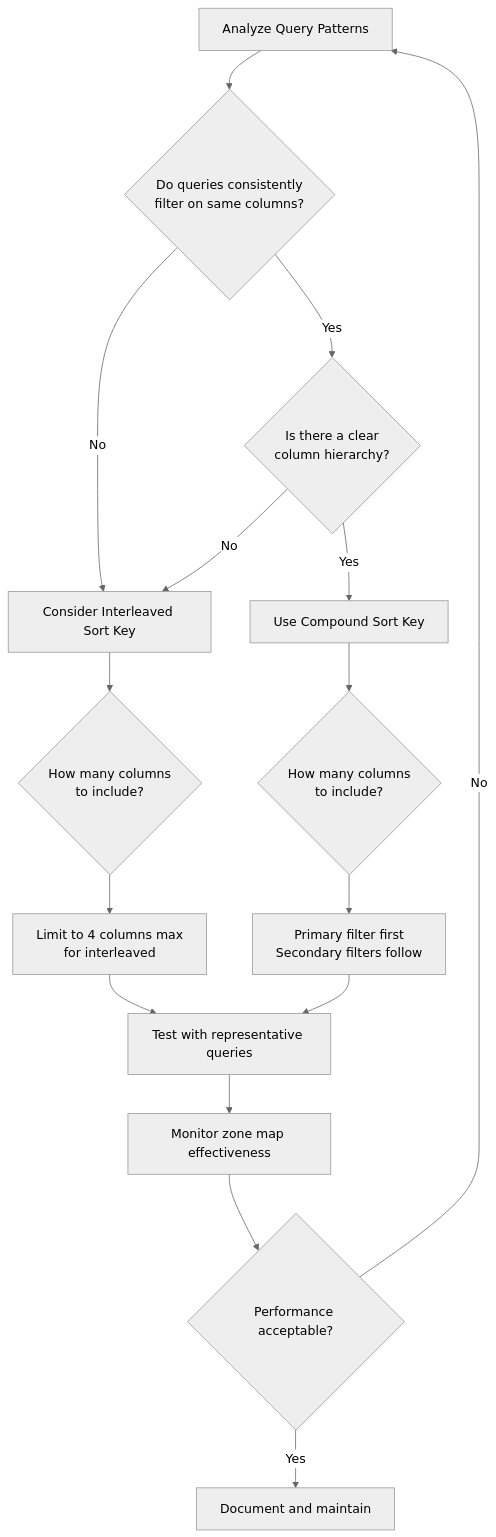
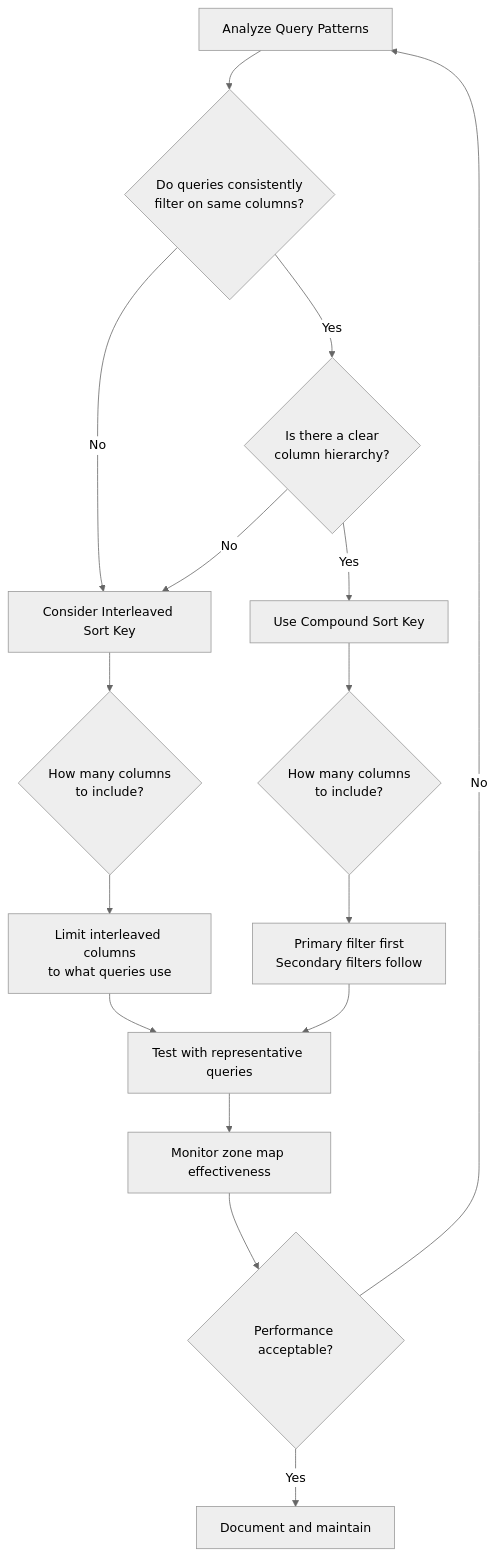
The fourth of 4 diagrams in posts/2026-01-30-data-warehouse-sort-keys/README.md (OneUptime/blog), drawn with Mermaid (neutral theme) before and after one commit. The commit also changed other lines of this file and 876 other files, not shown here.

````diff
--- a/posts/2026-01-30-data-warehouse-sort-keys/README.md
+++ b/posts/2026-01-30-data-warehouse-sort-keys/README.md
@@ -326,18 +331,18 @@
 ```mermaid
 flowchart TD
     A[Analyze Query Patterns] --> B{Do queries consistently<br/>filter on same columns?}
     B -->|Yes| C{Is there a clear<br/>column hierarchy?}
     B -->|No| D[Consider Interleaved Sort Key]
     C -->|Yes| E[Use Compound Sort Key]
     C -->|No| D
     D --> F{How many columns<br/>to include?}
     E --> G{How many columns<br/>to include?}
-    F --> H[Limit to 4 columns max<br/>for interleaved]
+    F --> H[Limit interleaved columns<br/>to what queries use]
     G --> I[Primary filter first<br/>Secondary filters follow]
     H --> J[Test with representative queries]
     I --> J
     J --> K[Monitor zone map effectiveness]
     K --> L{Performance acceptable?}
     L -->|Yes| M[Document and maintain]
     L -->|No| A
 ```
````
